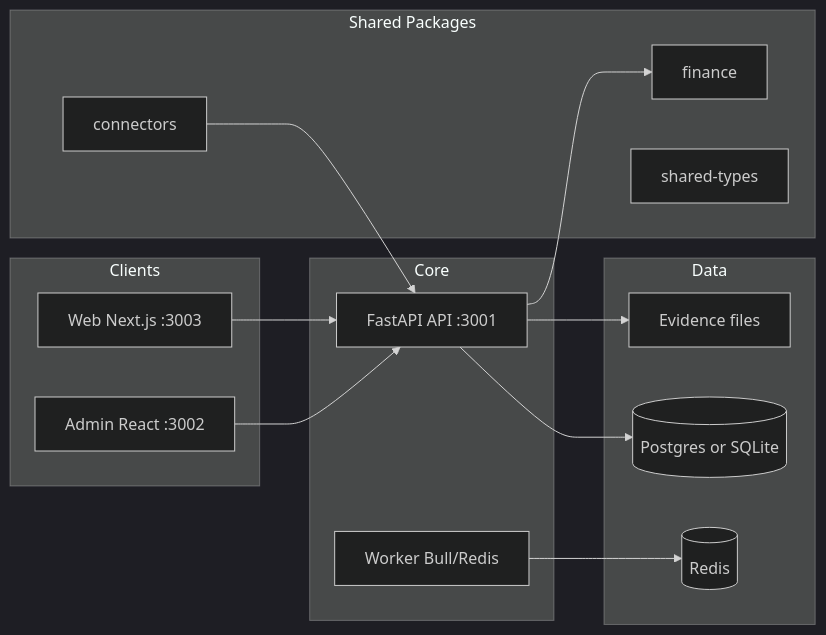
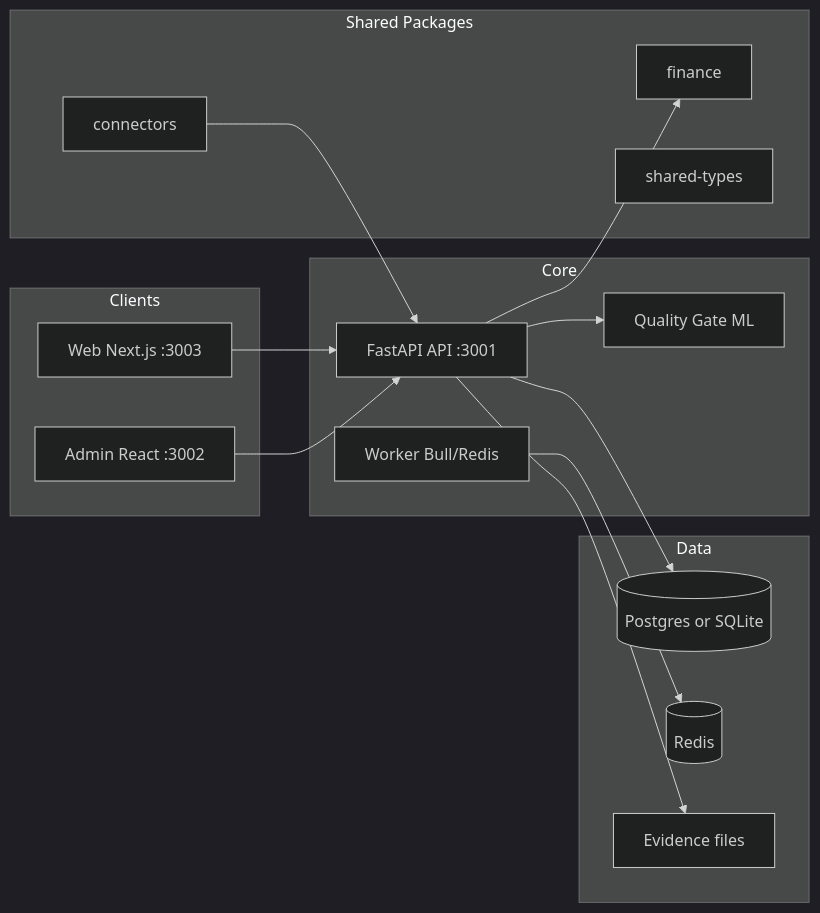
One commit to 1Touch-dev/Finance-Advanced-Research-Platform changed the diagram in README.md. Above: the diagram before and after it, drawn with Mermaid (dark theme). The commit also changed other lines of this file and 71 other files, not shown here.

````diff
--- a/README.md
+++ b/README.md
@@ -705,28 +755,30 @@
 ```mermaid
 flowchart LR
   subgraph clients [Clients]
     Web[Web Next.js :3003]
     Admin[Admin React :3002]
   end
   subgraph core [Core]
     API[FastAPI API :3001]
     Worker[Worker Bull/Redis]
+    Quality[Quality Gate ML]
   end
   subgraph data [Data]
     DB[(Postgres or SQLite)]
     Redis[(Redis)]
     Vault[Evidence files]
   end
   subgraph packages [Shared Packages]
     Finance[finance]
     Connectors[connectors]
     Types[shared-types]
   end
   Web --> API
   Admin --> API
   Worker --> Redis
   API --> DB
   API --> Vault
+  API --> Quality
   API --> Finance
   Connectors --> API
 ```
````
